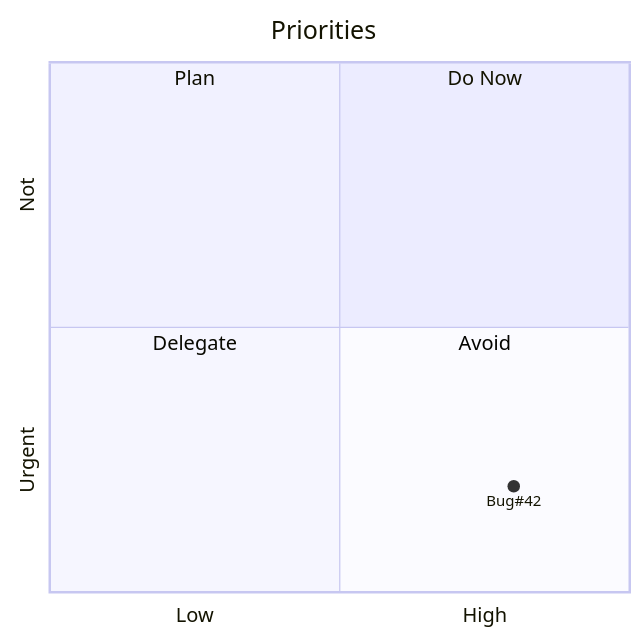
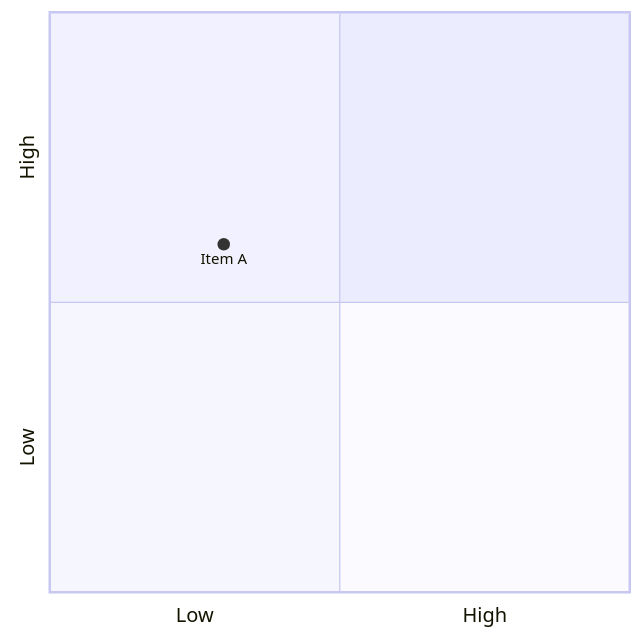
The first of 2 diagrams in lessons/quad.md (hiroki-imai/mmtutor), drawn with Mermaid before and after one commit. The commit also changed other lines of this file and 11 other files, not shown here.

````diff
--- a/lessons/quad.md
+++ b/lessons/quad.md
@@ -10,11 +6,6 @@
 ```mermaid
 quadrantChart
-  title Priorities
   x-axis Low --> High
-  y-axis Urgent --> Not
-  quadrant-1 Do Now
-  quadrant-2 Plan
-  quadrant-3 Delegate
-  quadrant-4 Avoid
-  "Bug#42": [0.8, 0.2]
+  y-axis Low --> High
+  "Item A": [0.3, 0.6]
 ```
````
